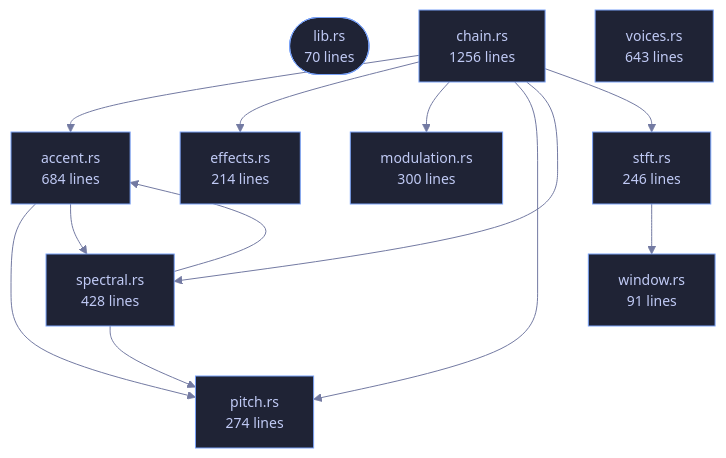
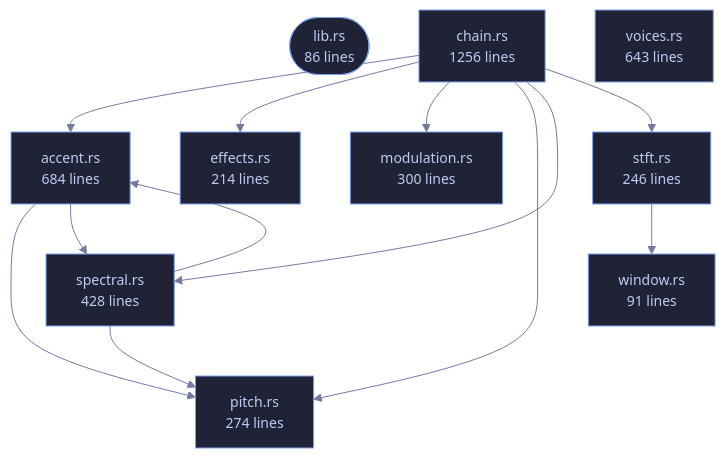
The diagram in wiki/Crate-veilvoice-core.md (tilas01/veilvoice), drawn with Mermaid before and after one commit. The commit also changed other lines of this file and 182 other files, not shown here.

````diff
--- a/wiki/Crate-veilvoice-core.md
+++ b/wiki/Crate-veilvoice-core.md
@@ -75,35 +92,35 @@
 ```mermaid
 %%{init: {"theme":"base","themeVariables":{"background":"#1a1b26","primaryColor":"#1f2335","primaryTextColor":"#c0caf5","primaryBorderColor":"#7aa2f7","secondaryColor":"#16161e","tertiaryColor":"#16161e","lineColor":"#737aa2","textColor":"#c0caf5","mainBkg":"#1f2335","nodeBorder":"#7aa2f7","clusterBkg":"#16161e","clusterBorder":"#2f3549","fontFamily":"ui-monospace, SFMono-Regular, Consolas, monospace","fontSize":"14px"}}}%%
 flowchart TD
-    n_lib(["lib.rs<br/>70 lines"])
+    n_lib(["lib.rs<br/>86 lines"])
     n_accent["accent.rs<br/>684 lines"]
     n_chain["chain.rs<br/>1256 lines"]
     n_effects["effects.rs<br/>214 lines"]
     n_modulation["modulation.rs<br/>300 lines"]
     n_pitch["pitch.rs<br/>274 lines"]
     n_spectral["spectral.rs<br/>428 lines"]
     n_stft["stft.rs<br/>246 lines"]
     n_voices["voices.rs<br/>643 lines"]
     n_window["window.rs<br/>91 lines"]
     n_accent --> n_pitch
     n_accent --> n_spectral
     n_chain --> n_accent
     n_chain --> n_effects
     n_chain --> n_modulation
     n_chain --> n_pitch
     n_chain --> n_spectral
     n_chain --> n_stft
     n_spectral --> n_accent
     n_spectral --> n_pitch
     n_stft --> n_window
     click n_lib href "https://github.com/tilas01/veilvoice/blob/main/crates/veilvoice-core/src/lib.rs" "open the source"
     click n_accent href "https://github.com/tilas01/veilvoice/blob/main/crates/veilvoice-core/src/accent.rs" "open the source"
     click n_chain href "https://github.com/tilas01/veilvoice/blob/main/crates/veilvoice-core/src/chain.rs" "open the source"
     click n_effects href "https://github.com/tilas01/veilvoice/blob/main/crates/veilvoice-core/src/effects.rs" "open the source"
     click n_modulation href "https://github.com/tilas01/veilvoice/blob/main/crates/veilvoice-core/src/modulation.rs" "open the source"
     click n_pitch href "https://github.com/tilas01/veilvoice/blob/main/crates/veilvoice-core/src/pitch.rs" "open the source"
     click n_spectral href "https://github.com/tilas01/veilvoice/blob/main/crates/veilvoice-core/src/spectral.rs" "open the source"
     click n_stft href "https://github.com/tilas01/veilvoice/blob/main/crates/veilvoice-core/src/stft.rs" "open the source"
     click n_voices href "https://github.com/tilas01/veilvoice/blob/main/crates/veilvoice-core/src/voices.rs" "open the source"
     click n_window href "https://github.com/tilas01/veilvoice/blob/main/crates/veilvoice-core/src/window.rs" "open the source"
 ```
````
